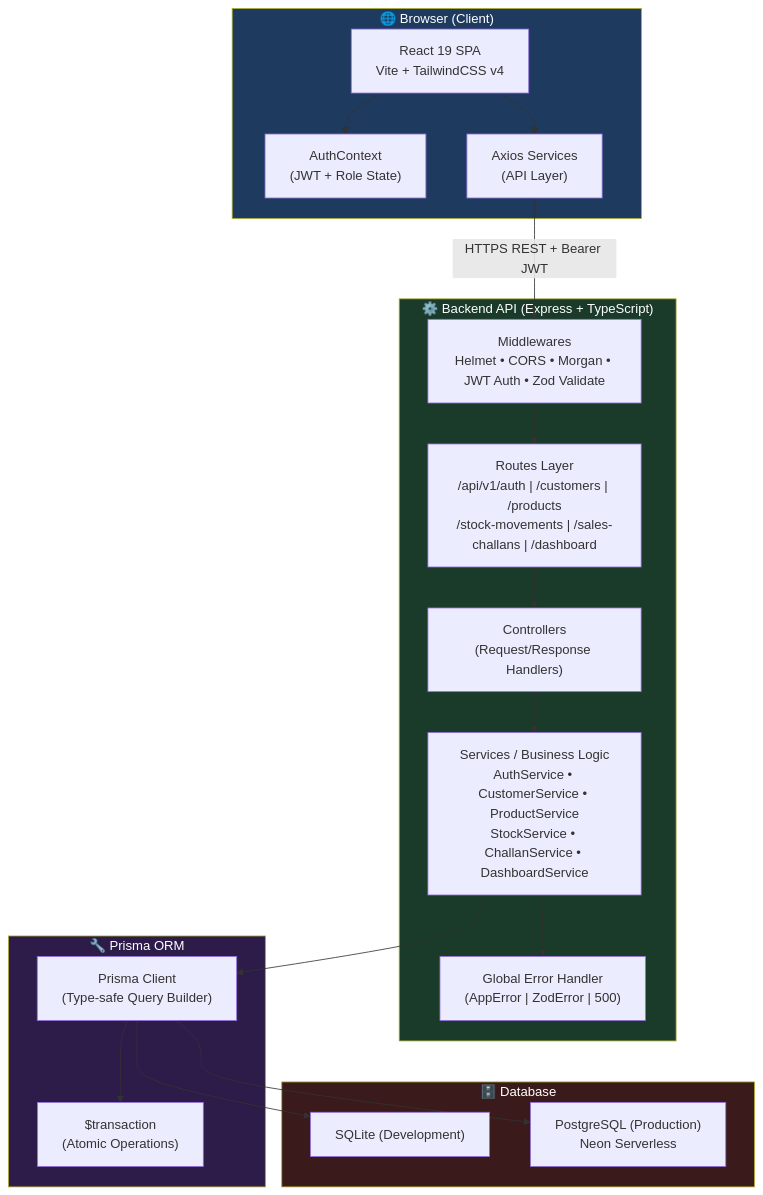
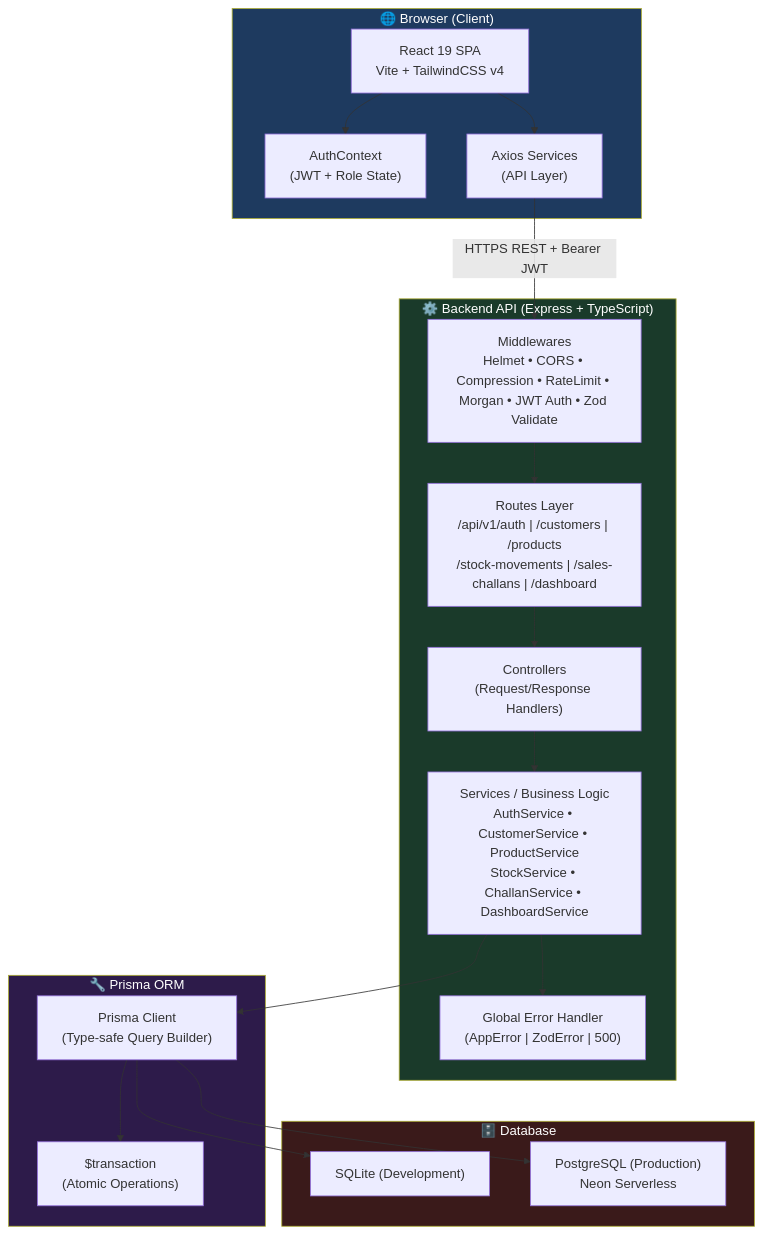
One commit to Farhankhan2903/mini-erp-crm-portal changed the first of 6 diagrams in docs/ARCHITECTURE.md. Above: the diagram before and after it, drawn with Mermaid. The commit also changed 49 other files, not shown here.

Commit message:
feat: 10/10 Senior Hiring Manager upgrade — unit/integration test suites, Vitest, security rate limiting, compression, zero ESLint warnings, and GitHub CI/templates

````diff
--- a/docs/ARCHITECTURE.md
+++ b/docs/ARCHITECTURE.md
@@ -13,40 +13,40 @@
 ```mermaid
 graph TB
     subgraph Client["🌐 Browser (Client)"]
         UI["React 19 SPA<br/>Vite + TailwindCSS v4"]
         AC["AuthContext<br/>(JWT + Role State)"]
         SVC["Axios Services<br/>(API Layer)"]
         UI --> AC
         UI --> SVC
     end
 
     subgraph Backend["⚙️ Backend API (Express + TypeScript)"]
-        MW["Middlewares<br/>Helmet • CORS • Morgan • JWT Auth • Zod Validate"]
+        MW["Middlewares<br/>Helmet • CORS • Compression • RateLimit • Morgan • JWT Auth • Zod Validate"]
         RT["Routes Layer<br/>/api/v1/auth | /customers | /products<br/>/stock-movements | /sales-challans | /dashboard"]
         CT["Controllers<br/>(Request/Response Handlers)"]
         BL["Services / Business Logic<br/>AuthService • CustomerService • ProductService<br/>StockService • ChallanService • DashboardService"]
         EH["Global Error Handler<br/>(AppError | ZodError | 500)"]
         MW --> RT --> CT --> BL --> EH
     end
 
     subgraph ORM["🔧 Prisma ORM"]
         PR["Prisma Client<br/>(Type-safe Query Builder)"]
         TRX["$transaction<br/>(Atomic Operations)"]
         PR --> TRX
     end
 
     subgraph DB["🗄️ Database"]
         SQ["SQLite (Development)"]
         PG["PostgreSQL (Production)<br/>Neon Serverless"]
     end
 
     SVC -->|"HTTPS REST + Bearer JWT"| MW
     BL --> PR
     PR --> SQ
     PR --> PG
 
     style Client fill:#1e3a5f,color:#fff
     style Backend fill:#1a3a2a,color:#fff
     style ORM fill:#2d1b4a,color:#fff
     style DB fill:#3a1a1a,color:#fff
 ```
````
